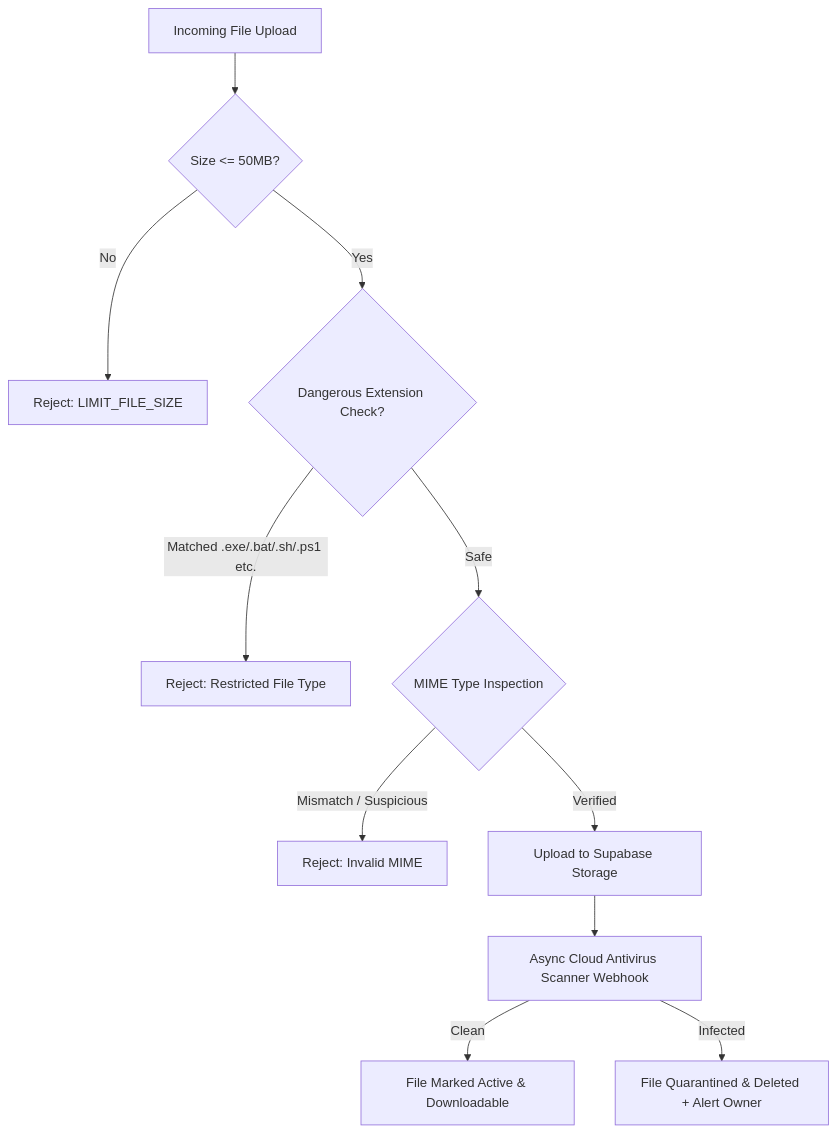
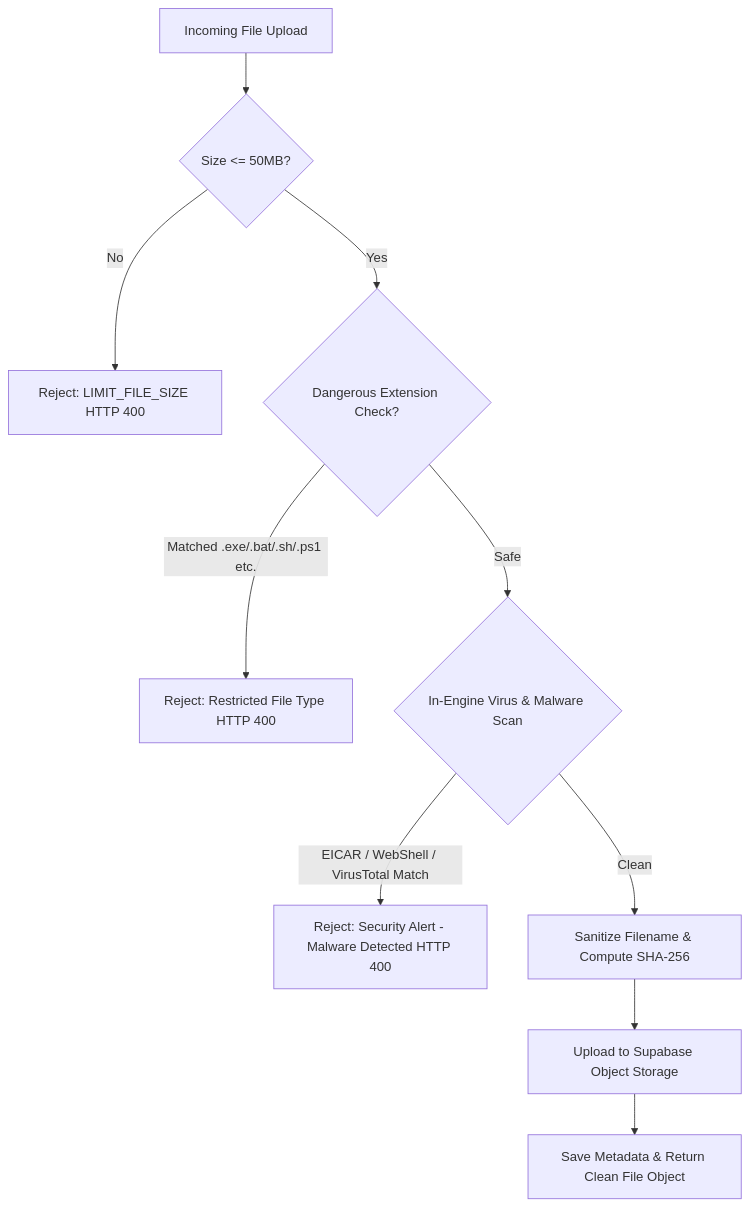
One commit to Miraz54/Procket-Drive-V1 changed the second of 2 diagrams in PROJECT_PROPOSAL.md. Above: the diagram before and after it, drawn with Mermaid. The commit also changed other lines of this file and 8 other files, not shown here.

````diff
--- a/PROJECT_PROPOSAL.md
+++ b/PROJECT_PROPOSAL.md
@@ -114,13 +96,12 @@
 ```mermaid
 flowchart TD
     A[Incoming File Upload] --> B{Size <= 50MB?}
-    B -- No --> B1[Reject: LIMIT_FILE_SIZE]
+    B -- No --> B1[Reject: LIMIT_FILE_SIZE HTTP 400]
     B -- Yes --> C{Dangerous Extension Check?}
-    C -- Matched .exe/.bat/.sh/.ps1 etc. --> C1[Reject: Restricted File Type]
-    C -- Safe --> D{MIME Type Inspection}
-    D -- Mismatch / Suspicious --> D1[Reject: Invalid MIME]
-    D -- Verified --> E[Upload to Supabase Storage]
-    E --> F[Async Cloud Antivirus Scanner Webhook]
-    F -->|Clean| G[File Marked Active & Downloadable]
-    F -->|Infected| H[File Quarantined & Deleted + Alert Owner]
+    C -- Matched .exe/.bat/.sh/.ps1 etc. --> C1[Reject: Restricted File Type HTTP 400]
+    C -- Safe --> D{In-Engine Virus & Malware Scan}
+    D -- EICAR / WebShell / VirusTotal Match --> D1[Reject: Security Alert - Malware Detected HTTP 400]
+    D -- Clean --> E[Sanitize Filename & Compute SHA-256]
+    E --> F[Upload to Supabase Object Storage]
+    F --> G[Save Metadata & Return Clean File Object]
 ```
````
